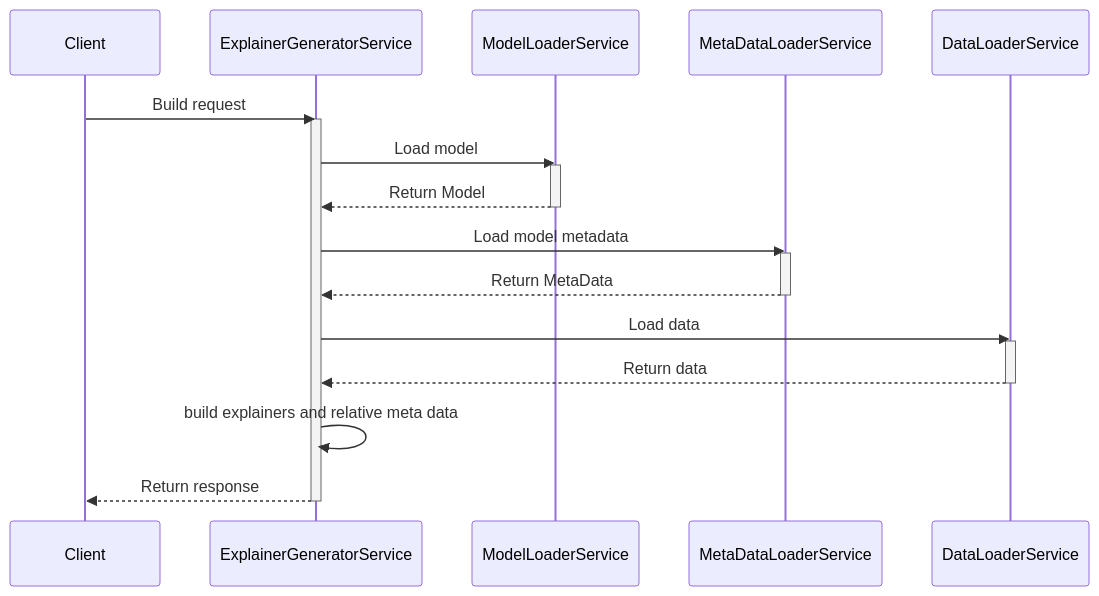
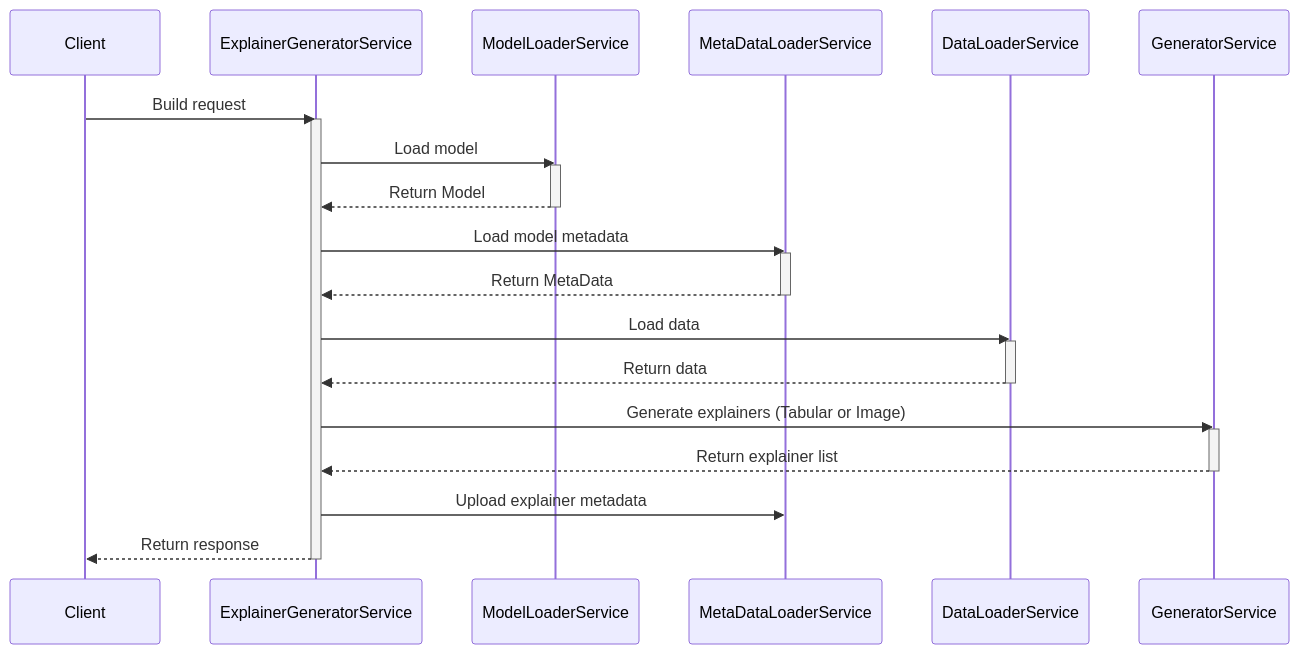
The first of 7 diagrams in README.md (agridatavalue/ADV-ALMA-XAI), drawn with Mermaid before and after one commit. The commit also changed other lines of this file, not shown here.

````diff
--- a/README.md
+++ b/README.md
@@ -90,27 +151,31 @@
 ```mermaid
 sequenceDiagram
     participant Client
     participant ExplainerGeneratorService
     participant ModelLoaderService
     participant MetaDataLoaderService
     participant DataLoaderService
+    participant GeneratorService
 
     Client->>ExplainerGeneratorService: Build request
     activate ExplainerGeneratorService
     ExplainerGeneratorService->>ModelLoaderService: Load model
     activate ModelLoaderService
     ModelLoaderService-->>ExplainerGeneratorService: Return Model
     deactivate ModelLoaderService
     ExplainerGeneratorService->>MetaDataLoaderService: Load model metadata
     activate MetaDataLoaderService
     MetaDataLoaderService-->>ExplainerGeneratorService: Return MetaData
     deactivate MetaDataLoaderService
     ExplainerGeneratorService->>DataLoaderService: Load data
     activate DataLoaderService
     DataLoaderService-->>ExplainerGeneratorService: Return data
     deactivate DataLoaderService
-    ExplainerGeneratorService->>ExplainerGeneratorService: build explainers and relative meta data
+    ExplainerGeneratorService->>GeneratorService: Generate explainers (Tabular or Image)
+    activate GeneratorService
+    GeneratorService-->>ExplainerGeneratorService: Return explainer list
+    deactivate GeneratorService
+    ExplainerGeneratorService->>MetaDataLoaderService: Upload explainer metadata
     ExplainerGeneratorService-->>Client: Return response
     deactivate ExplainerGeneratorService
-
 ```
````
